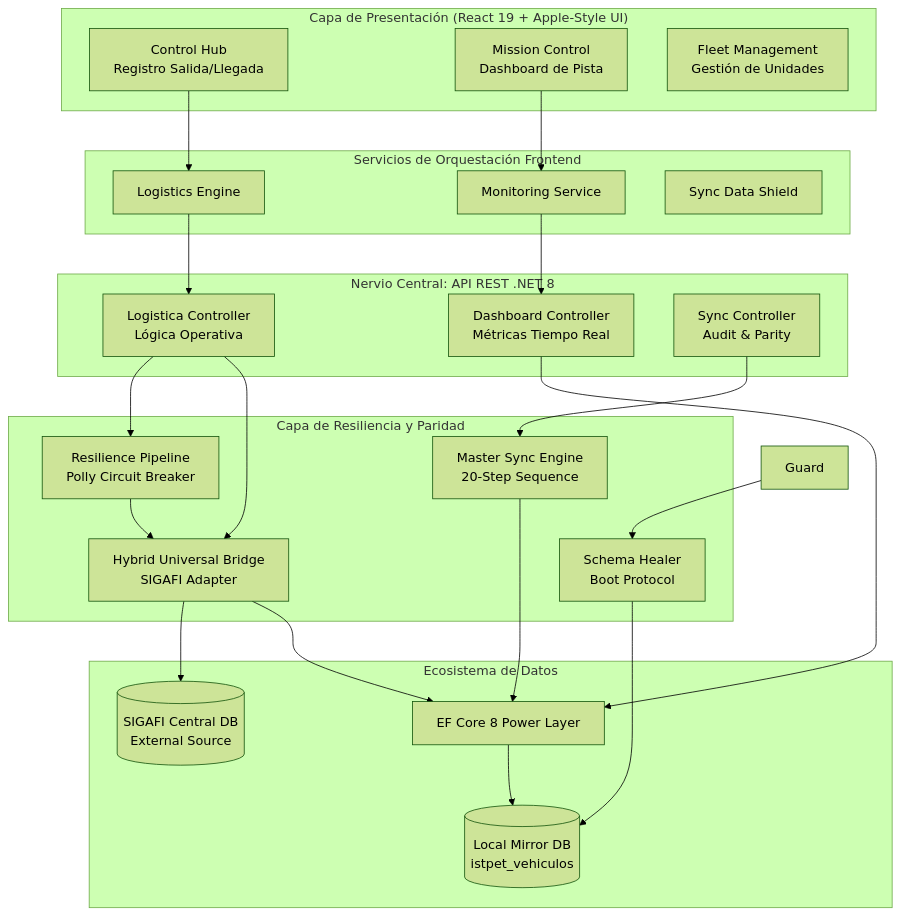
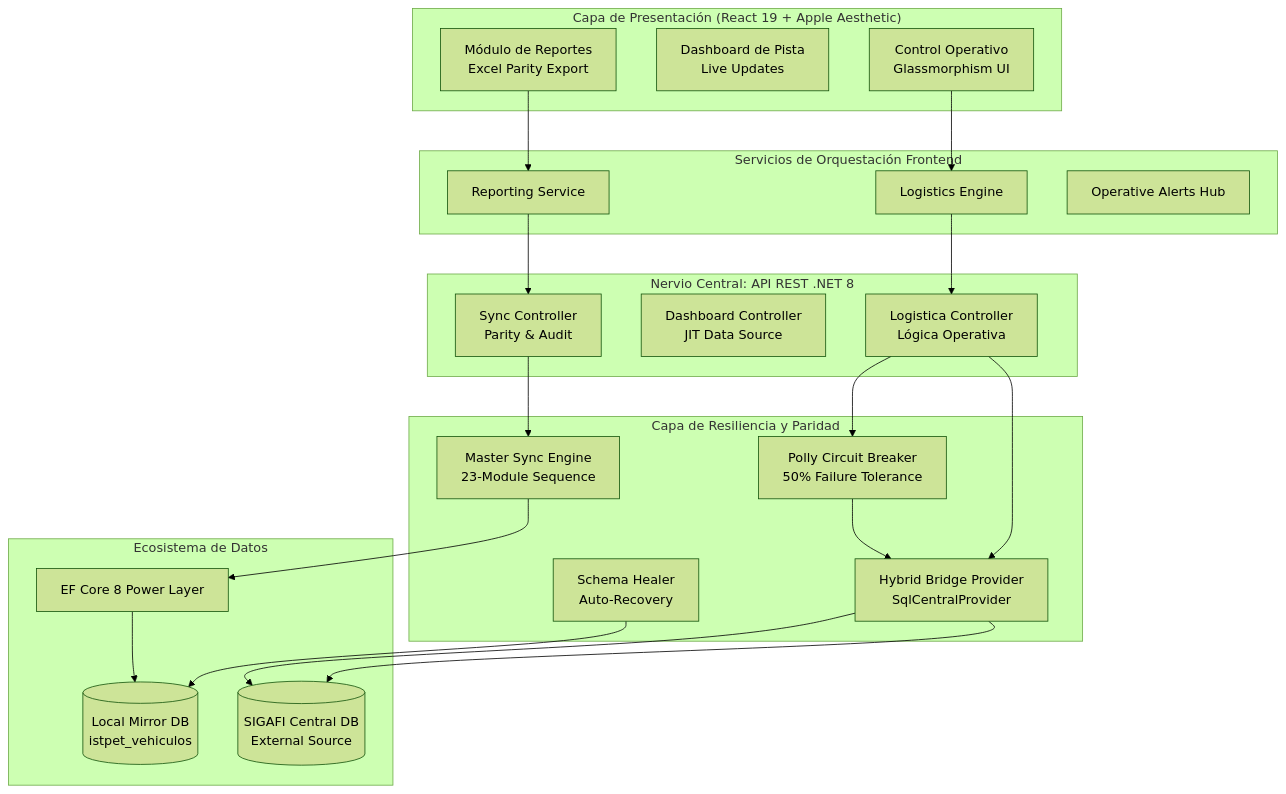
One commit to JorgeDoicela/istpet_vehiculos changed the diagram in docs/ARCHITECTURE.md. Above: the diagram before and after it, drawn with Mermaid (forest theme). The commit also changed other lines of this file and 4 other files, not shown here.

````diff
--- a/docs/ARCHITECTURE.md
+++ b/docs/ARCHITECTURE.md
@@ -17,42 +17,42 @@
 ```mermaid
 graph TD
-    subgraph "Capa de Presentación (React 19 + Apple-Style UI)"
-        A[Control Hub<br/>Registro Salida/Llegada] 
-        B[Mission Control<br/>Dashboard de Pista]
-        C[Fleet Management<br/>Gestión de Unidades]
+    subgraph "Capa de Presentación (React 19 + Apple Aesthetic)"
+        A[Control Operativo<br/>Glassmorphism UI] 
+        B[Dashboard de Pista<br/>Live Updates]
+        C[Módulo de Reportes<br/>Excel Parity Export]
     end
 
     subgraph "Servicios de Orquestación Frontend"
         D[Logistics Engine]
-        E[Monitoring Service]
-        F[Sync Data Shield]
+        E[Reporting Service]
+        F[Operative Alerts Hub]
     end
 
     subgraph "Nervio Central: API REST .NET 8"
         G[Logistica Controller<br/>Lógica Operativa]
-        H[Dashboard Controller<br/>Métricas Tiempo Real]
-        I[Sync Controller<br/>Audit & Parity]
+        H[Dashboard Controller<br/>JIT Data Source]
+        I[Sync Controller<br/>Parity & Audit]
     end
 
     subgraph "Capa de Resiliencia y Paridad"
-        K[Resilience Pipeline<br/>Polly Circuit Breaker]
-        L[Hybrid Universal Bridge<br/>SIGAFI Adapter]
-        M[Master Sync Engine<br/>20-Step Sequence]
-        SH[Schema Healer<br/>Boot Protocol]
+        K[Polly Circuit Breaker<br/>50% Failure Tolerance]
+        L[Hybrid Bridge Provider<br/>SqlCentralProvider]
+        M[Master Sync Engine<br/>23-Module Sequence]
+        SH[Schema Healer<br/>Auto-Recovery]
     end
 
     subgraph "Ecosistema de Datos"
         N[EF Core 8 Power Layer]
         O[(Local Mirror DB<br/>istpet_vehiculos)]
         P[(SIGAFI Central DB<br/>External Source)]
     end
 
     A --> D --> G --> K
-    B --> E --> H --> N
+    C --> E --> I --> M
     G --> L --> P
-    J[Guard] --> SH --> O
-    I --> M --> N
     K --> L
-    L --> N
+    L --> P
+    M --> N
+    SH --> O
     N --> O
 ```
````
